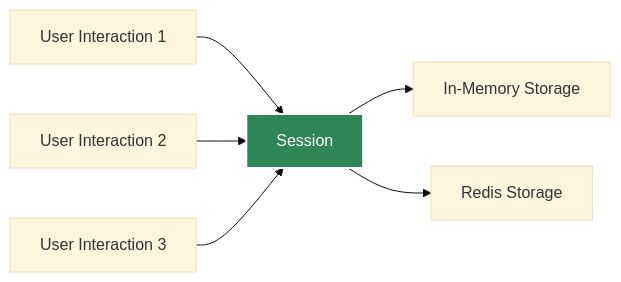
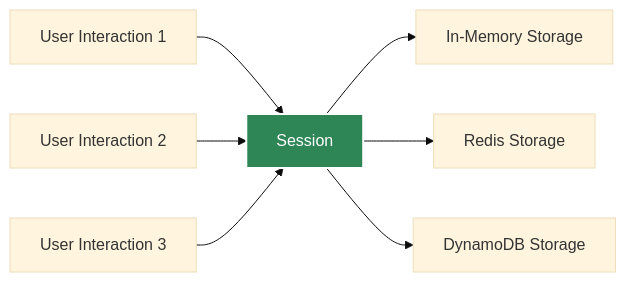
Before and after one commit to yaalalabs/agent-kernel: the first of 2 diagrams in docs/docs/core-concepts/session.md, drawn with Mermaid (base theme). The commit also changed other lines of this file, not shown here.

````diff
--- a/docs/docs/core-concepts/session.md
+++ b/docs/docs/core-concepts/session.md
@@ -11,11 +11,12 @@
 ```mermaid
 graph LR
     A[User Interaction 1] --> B[Session]
     C[User Interaction 2] --> B
     D[User Interaction 3] --> B
     
     B --> E[In-Memory Storage]
     B --> F[Redis Storage]
+    B --> G[DynamoDB Storage]
     
     style B fill:#2e8555,stroke:#fff,stroke-width:2px,color:#fff
 ```
````
